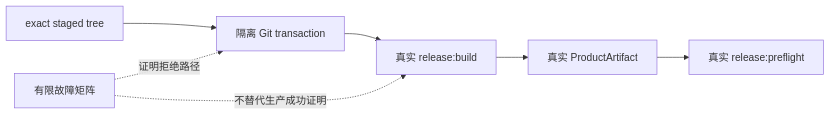
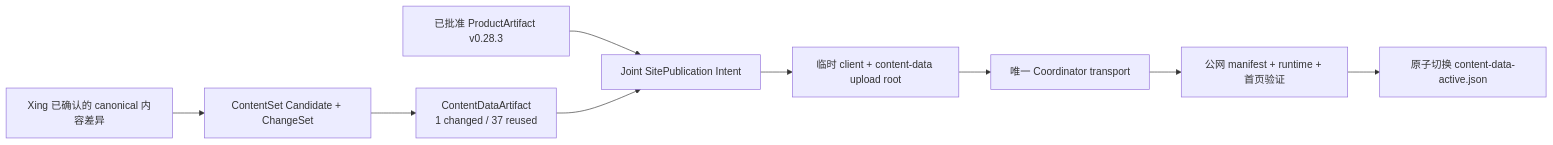
One commit to xingbuild/xingbuild changed the diagram in docs/iterations/current.md. Above: the diagram before and after it, drawn with Mermaid. The commit also changed other lines of this file and 35 other files, not shown here.

First line of the commit message:
v0.28.3 release transaction

````diff
--- a/docs/iterations/current.md
+++ b/docs/iterations/current.md
@@ -29,9 +29,11 @@
 ```mermaid
 flowchart LR
-    C["exact staged tree"] --> X["隔离 Git transaction"]
-    X --> B["真实 release:build"]
-    B --> A["真实 ProductArtifact"]
-    A --> P["真实 release:preflight"]
-    M["有限故障矩阵"] -.证明拒绝路径.-> X
-    M -.不替代生产成功证明.-> B
+    A["Xing 已确认的 canonical 内容差异"] --> B["ContentSet Candidate + ChangeSet"]
+    B --> C["ContentDataArtifact\n1 changed / 37 reused"]
+    D["已批准 ProductArtifact v0.28.3"] --> E["Joint SitePublication Intent"]
+    C --> E
+    E --> F["临时 client + content-data upload root"]
+    F --> G["唯一 Coordinator transport"]
+    G --> H["公网 manifest + runtime + 首页验证"]
+    H --> I["原子切换 content-data-active.json"]
 ```
````
